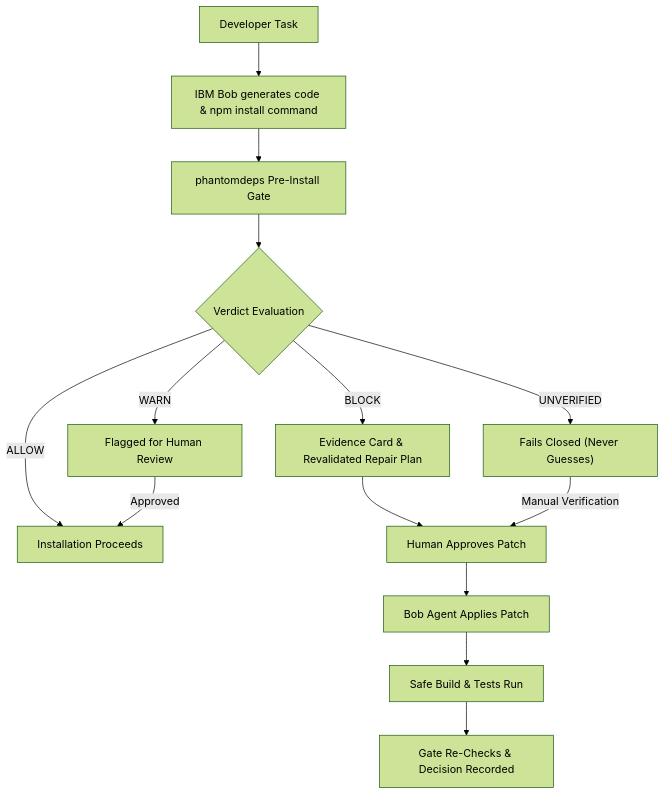
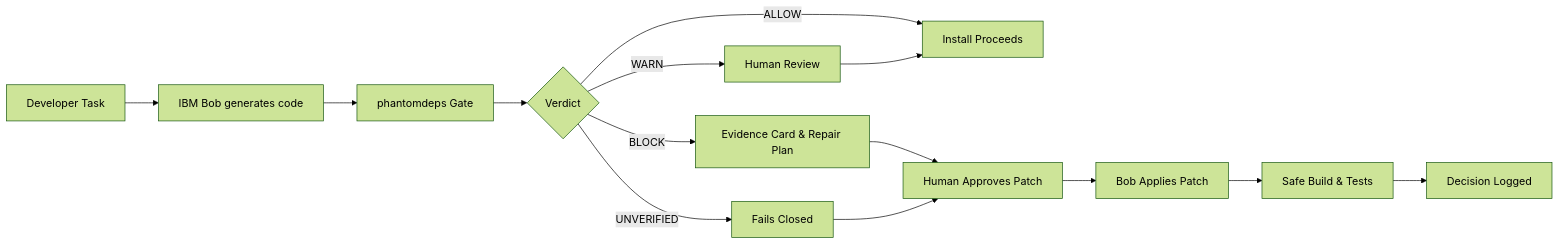
One commit to adishxm/phantomdeps changed the second of 4 diagrams in README.md. Above: the diagram before and after it, drawn with Mermaid (forest theme). The commit also changed other lines of this file, not shown here.

Commit message:
docs: redesign flowcharts to compact horizontal flowchart LR without custom colors

````diff
--- a/README.md
+++ b/README.md
@@ -95,18 +90,10 @@
 ```mermaid
-flowchart TD
-    A["Developer Task"] --> B["IBM Bob generates code & npm install command"]
-    B --> C["phantomdeps Pre-Install Gate"]
-    
-    C --> D{"Verdict Evaluation"}
-    D -- "ALLOW" --> E["Installation Proceeds"]
-    D -- "WARN" --> F["Flagged for Human Review"]
-    D -- "BLOCK" --> G["Evidence Card & Revalidated Repair Plan"]
-    D -- "UNVERIFIED" --> H["Fails Closed (Never Guesses)"]
-    
-    G --> I["Human Approves Patch"]
-    F -- "Approved" --> E
-    H -- "Manual Verification" --> I
-    I --> J["Bob Agent Applies Patch"]
-    J --> K["Safe Build & Tests Run"]
-    K --> L["Gate Re-Checks & Decision Recorded"]
+flowchart LR
+    A["Developer Task"] --> B["IBM Bob generates code"] --> C["phantomdeps Gate"]
+    C --> D{"Verdict"}
+    D -- "ALLOW" --> E["Install Proceeds"]
+    D -- "WARN" --> F["Human Review"] --> E
+    D -- "BLOCK" --> G["Evidence Card & Repair Plan"] --> H["Human Approves Patch"]
+    D -- "UNVERIFIED" --> I["Fails Closed"] --> H
+    H --> J["Bob Applies Patch"] --> K["Safe Build & Tests"] --> L["Decision Logged"]
 ```
````
